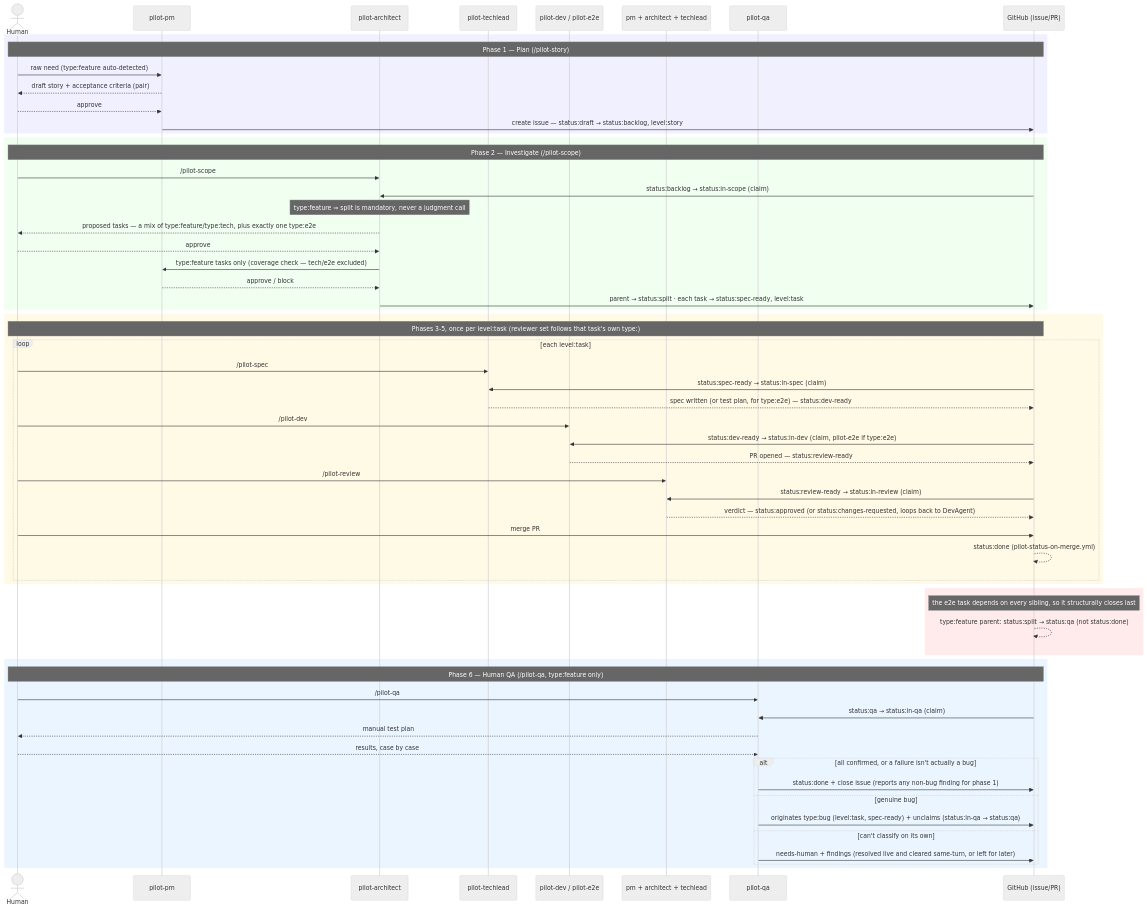
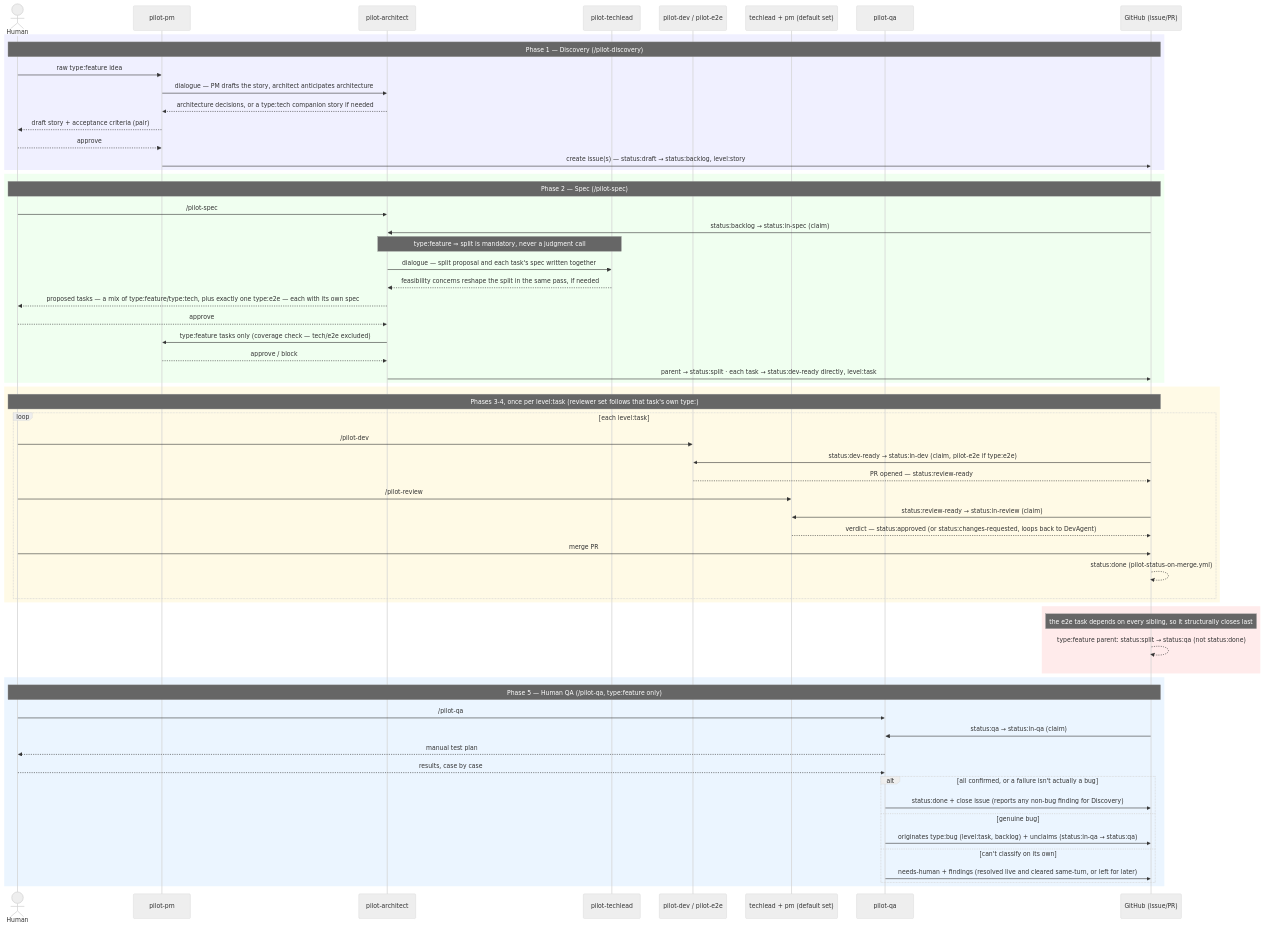
The diagram in assets/docs/pilot-process-companion.md (Jonas-Eve/pilot), drawn with Mermaid (neutral theme) before and after one commit. The commit also changed other lines of this file and 43 other files, not shown here.

````diff
--- a/assets/docs/pilot-process-companion.md
+++ b/assets/docs/pilot-process-companion.md
@@ -133,68 +131,69 @@
 ```mermaid
 sequenceDiagram
     actor Human
     participant PM as pilot-pm
     participant Arch as pilot-architect
     participant Tech as pilot-techlead
     participant DevAgent as pilot-dev / pilot-e2e
-    participant Rev as pm + architect + techlead
+    participant Rev as techlead + pm (default set)
     participant QAAgent as pilot-qa
     participant GH as GitHub (issue/PR)
 
     rect rgb(240,240,255)
-    Note over Human,GH: Phase 1 — Plan (/pilot-story)
-    Human->>PM: raw need (type:feature auto-detected)
+    Note over Human,GH: Phase 1 — Discovery (/pilot-discovery)
+    Human->>PM: raw type:feature idea
+    PM->>Arch: dialogue — PM drafts the story, architect anticipates architecture
+    Arch-->>PM: architecture decisions, or a type:tech companion story if needed
     PM-->>Human: draft story + acceptance criteria (pair)
     Human-->>PM: approve
-    PM->>GH: create issue — status:draft → status:backlog, level:story
+    PM->>GH: create issue(s) — status:draft → status:backlog, level:story
     end
 
     rect rgb(240,255,240)
-    Note over Human,GH: Phase 2 — Investigate (/pilot-scope)
-    Human->>Arch: /pilot-scope #12
-    GH->>Arch: status:backlog → status:in-scope (claim)
-    Note over Arch: type:feature ⇒ split is mandatory, never a judgment call
-    Arch-->>Human: proposed tasks — a mix of type:feature/type:tech, plus exactly one type:e2e
+    Note over Human,GH: Phase 2 — Spec (/pilot-spec)
+    Human->>Arch: /pilot-spec #12
+    GH->>Arch: status:backlog → status:in-spec (claim)
+    Note over Arch,Tech: type:feature ⇒ split is mandatory, never a judgment call
+    Arch->>Tech: dialogue — split proposal and each task's spec written together
+    Tech-->>Arch: feasibility concerns reshape the split in the same pass, if needed
+    Arch-->>Human: proposed tasks — a mix of type:feature/type:tech, plus exactly one type:e2e — each with its own spec
     Human-->>Arch: approve
     Arch->>PM: type:feature tasks only (coverage check — tech/e2e excluded)
     PM-->>Arch: approve / block
-    Arch->>GH: parent → status:split · each task → status:spec-ready, level:task
+    Arch->>GH: parent → status:split · each task → status:dev-ready directly, level:task
     end
 
     rect rgb(255,250,230)
-    Note over Human,GH: Phases 3-5, once per level:task (reviewer set follows that task's own type:)
+    Note over Human,GH: Phases 3-4, once per level:task (reviewer set follows that task's own type:)
     loop each level:task
-        Human->>Tech: /pilot-spec #<task>
-        GH->>Tech: status:spec-ready → status:in-spec (claim)
-        Tech-->>GH: spec written (or test plan, for type:e2e) — status:dev-ready
         Human->>DevAgent: /pilot-dev #<task>
         GH->>DevAgent: status:dev-ready → status:in-dev (claim, pilot-e2e if type:e2e)
         DevAgent-->>GH: PR opened — status:review-ready
         Human->>Rev: /pilot-review #<PR>
         GH->>Rev: status:review-ready → status:in-review (claim)
         Rev-->>GH: verdict — status:approved (or status:changes-requested, loops back to DevAgent)
         Human->>GH: merge PR
         GH-->>GH: status:done (pilot-status-on-merge.yml)
     end
     end
 
     rect rgb(255,235,235)
     Note over GH: the e2e task depends on every sibling, so it structurally closes last
     GH-->>GH: type:feature parent: status:split → status:qa (not status:done)
     end
 
     rect rgb(235,245,255)
-    Note over Human,GH: Phase 6 — Human QA (/pilot-qa, type:feature only)
+    Note over Human,GH: Phase 5 — Human QA (/pilot-qa, type:feature only)
     Human->>QAAgent: /pilot-qa #12
     GH->>QAAgent: status:qa → status:in-qa (claim)
     QAAgent-->>Human: manual test plan
     Human-->>QAAgent: results, case by case
     alt all confirmed, or a failure isn't actually a bug
-        QAAgent->>GH: status:done + close issue (reports any non-bug finding for phase 1)
+        QAAgent->>GH: status:done + close issue (reports any non-bug finding for Discovery)
     else genuine bug
-        QAAgent->>GH: originates type:bug (level:task, spec-ready) + unclaims (status:in-qa → status:qa)
+        QAAgent->>GH: originates type:bug (level:task, backlog) + unclaims (status:in-qa → status:qa)
     else can't classify on its own
         QAAgent->>GH: needs-human + findings (resolved live and cleared same-turn, or left for later)
     end
     end
 ```
````
